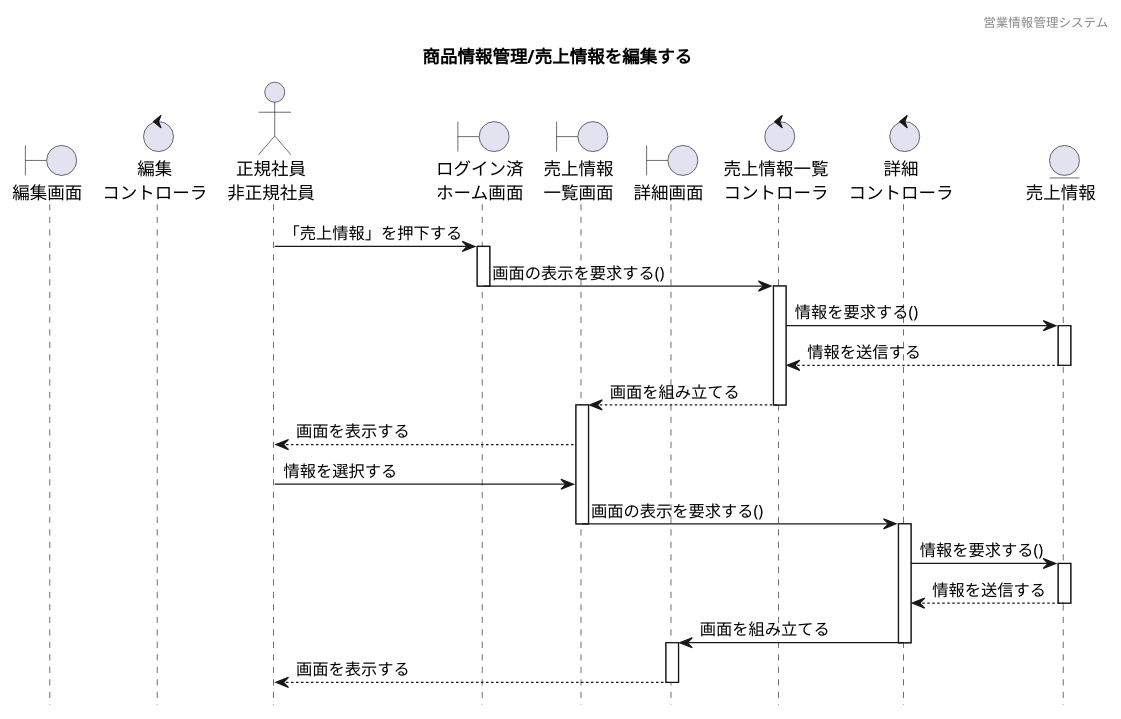
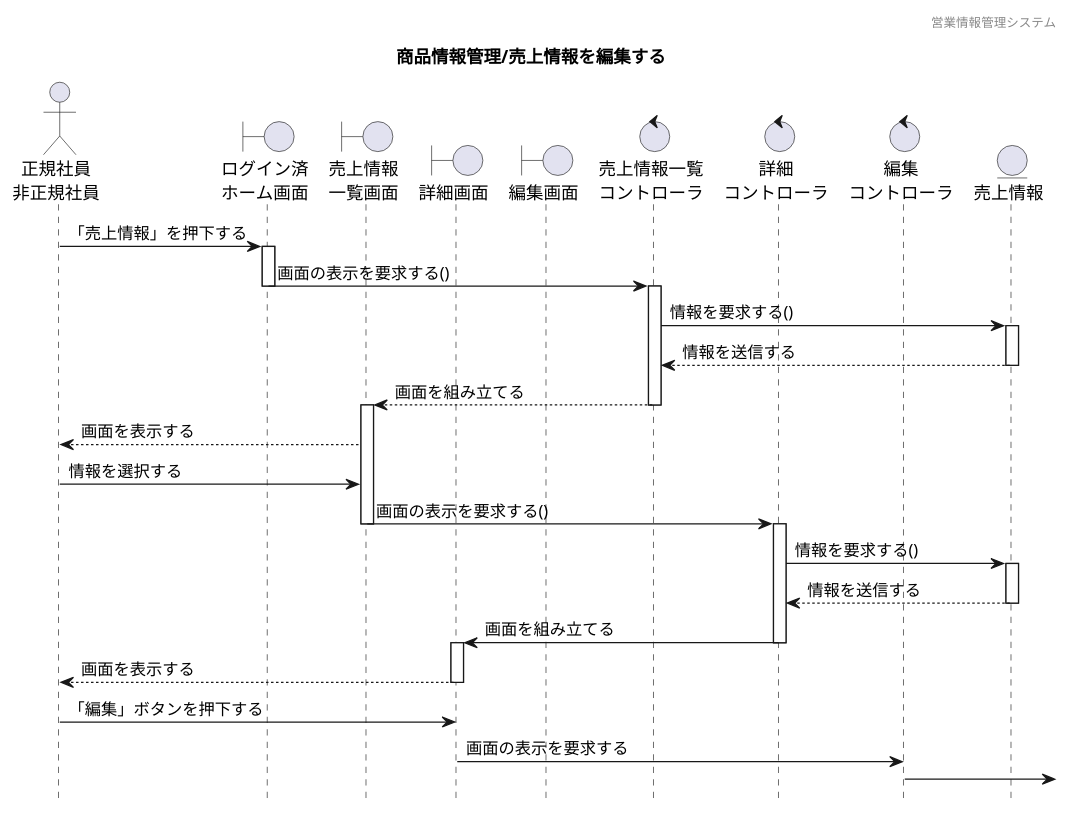
Before and after one commit to HaruShim/Sotuken: the diagram in 各種設計書/4シーケンス図/商品情報管理/5.売上/未_売上情報管理_編集.plantuml, drawn with PlantUML. The commit also changed 1 other file, not shown here.

```diff
--- a/各種設計書/4シーケンス図/商品情報管理/5.売上/未_売上情報管理_編集.plantuml
+++ b/各種設計書/4シーケンス図/商品情報管理/5.売上/未_売上情報管理_編集.plantuml
@@ -1,67 +1,54 @@
 @startuml ../../images/売上/売上情報管理_編集
 
 hide footbox
 header 営業情報管理システム
 title 商品情報管理/売上情報を編集する
 
 ' actor "" as a
 actor "正規社員\n非正規社員" as a1
 
 ' boundary "" as b
 boundary "ログイン済\nホーム画面" as b1
 boundary "売上情報\n一覧画面" as b2
 boundary "詳細画面" as b3
 boundary "編集画面" as b4
 
 ' control "" as c
 control "売上情報一覧\nコントローラ" as c1
 control "詳細\nコントローラ" as c2
 control "編集\nコントローラ" as c3
-
-' entity "" as e
-entity "売上情報" as e1
-
-' actor "" as a
-actor "正規社員\n非正規社員" as a1
-
-' boundary "" as b
-boundary "ログイン済\nホーム画面" as b1
-boundary "売上情報\n一覧画面" as b2
-boundary "詳細画面" as b3
-
-' control "" as c
-control "売上情報一覧\nコントローラ" as c1
-control "詳細\nコントローラ" as c2
 
 ' entity "" as e
 entity "売上情報" as e1
 
 a1 -> b1 : 「売上情報」を押下する
 activate b1
 b1 -> c1 : 画面の表示を要求する()
 deactivate b1
 activate c1
 c1 -> e1 : 情報を要求する()
 activate e1
 e1 --> c1 : 情報を送信する
 deactivate e1
 c1 --> b2 : 画面を組み立てる
 deactivate c1
 activate b2
 b2 --> a1 : 画面を表示する
 a1 -> b2 : 情報を選択する
 b2 -> c2 : 画面の表示を要求する()
 deactivate b2
 activate c2
 c2 -> e1 : 情報を要求する()
 activate e1
 e1 --> c2 : 情報を送信する
 deactivate e1
 c2 -> b3 : 画面を組み立てる
 deactivate c2 
 activate b3
 b3 --> a1 : 画面を表示する
 deactivate b3
-
+a1 -> b3 : 「編集」ボタンを押下する
+b3 -> c3 : 画面の表示を要求する
+c3 -> 
 
 @enduml
```
